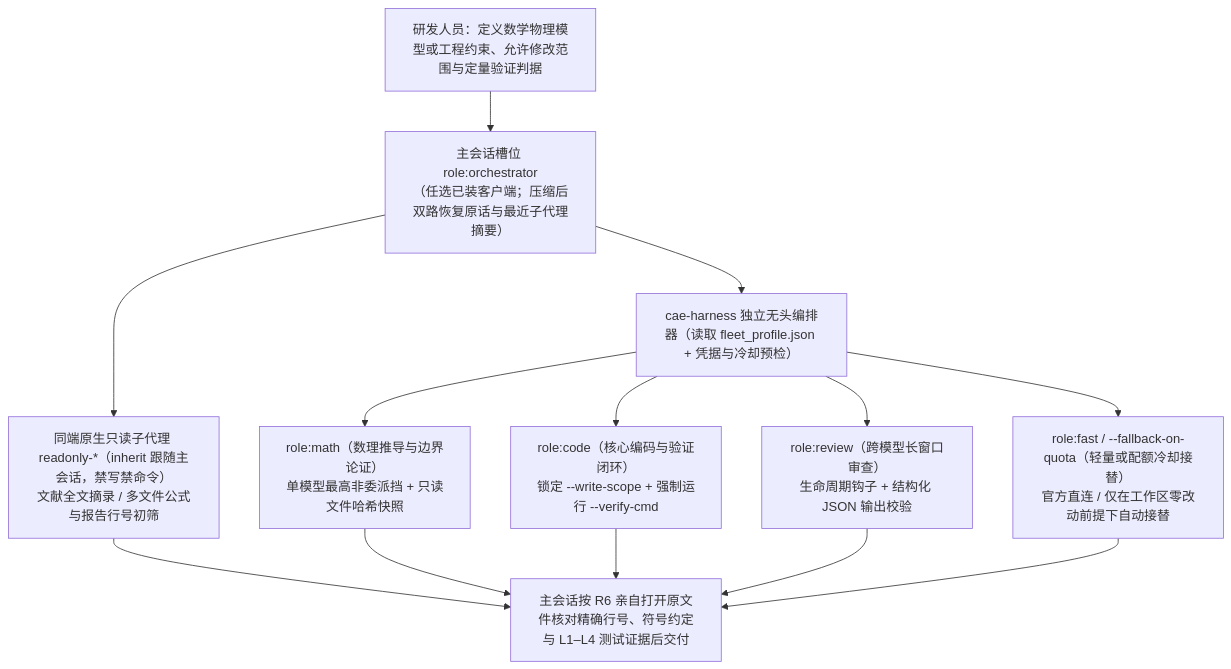
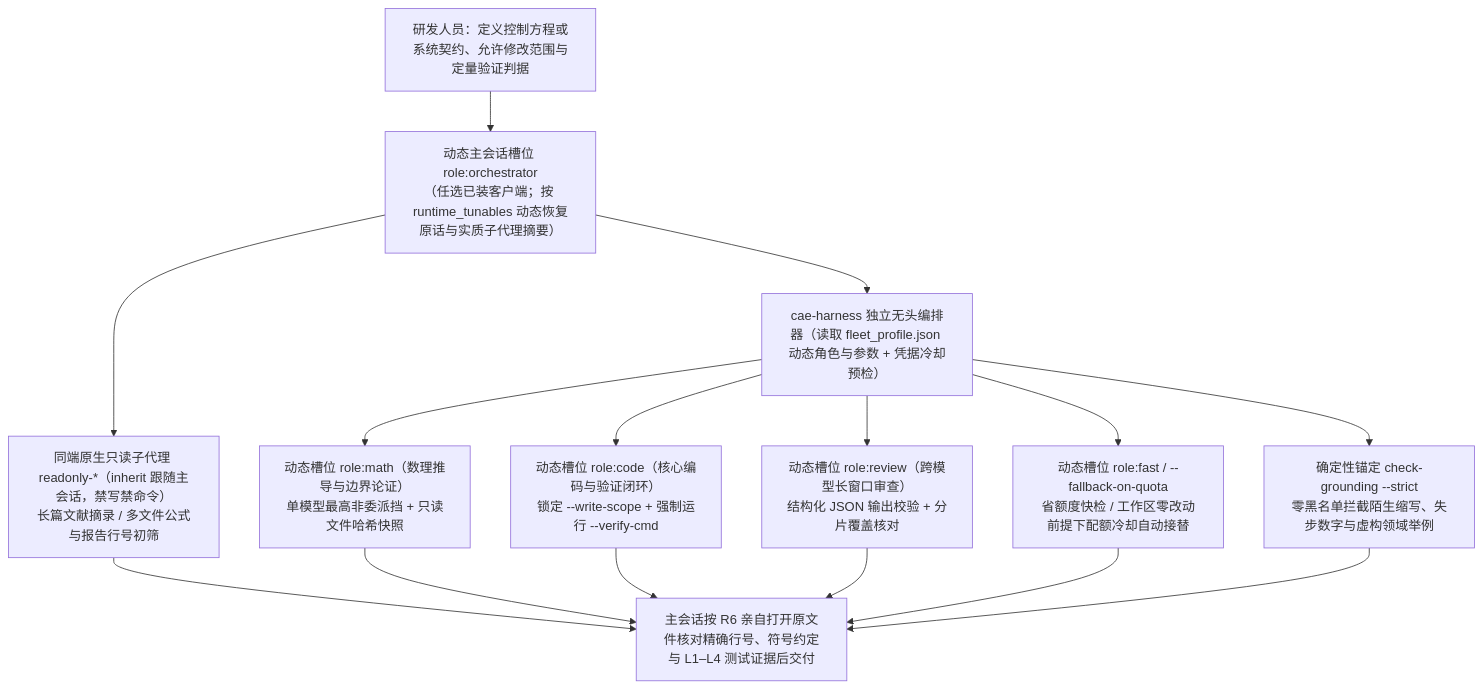
The diagram in README.md (Xinyu-Li-1997/Antigravity_Codex_ClaudeCode_DeepSeekHarness), drawn with Mermaid before and after one commit. The commit also changed other lines of this file and 24 other files, not shown here.

Commit message:
feat(v1.13.0): 动态收口五角色与 runtime_tunables、新增零黑名单事实锚定与双工作区隔离及 CSC 资助致谢

````diff
--- a/README.md
+++ b/README.md
@@ -103,15 +108,17 @@
 ```mermaid
 flowchart TB
-    U["研发人员：定义数学物理模型或工程约束、允许修改范围与定量验证判据"] --> O["主会话槽位 role:orchestrator<br/>（任选已装客户端；压缩后双路恢复原话与最近子代理摘要）"]
-    O --> N["同端原生只读子代理 readonly-*（inherit 跟随主会话，禁写禁命令）<br/>文献全文摘录 / 多文件公式与报告行号初筛"]
-    O --> H["cae-harness 独立无头编排器（读取 fleet_profile.json + 凭据与冷却预检）"]
-    H --> M1["role:math（数理推导与边界论证）<br/>单模型最高非委派挡 + 只读文件哈希快照"]
-    H --> M2["role:code（核心编码与验证闭环）<br/>锁定 --write-scope + 强制运行 --verify-cmd"]
-    H --> M3["role:review（跨模型长窗口审查）<br/>生命周期钩子 + 结构化 JSON 输出校验"]
-    H --> M4["role:fast / --fallback-on-quota（轻量或配额冷却接替）<br/>官方直连 / 仅在工作区零改动前提下自动接替"]
+    U["研发人员：定义控制方程或系统契约、允许修改范围与定量验证判据"] --> O["动态主会话槽位 role:orchestrator<br/>（任选已装客户端；按 runtime_tunables 动态恢复原话与实质子代理摘要）"]
+    O --> N["同端原生只读子代理 readonly-*（inherit 跟随主会话，禁写禁命令）<br/>长篇文献摘录 / 多文件公式与报告行号初筛"]
+    O --> H["cae-harness 独立无头编排器（读取 fleet_profile.json 动态角色与参数 + 凭据冷却预检）"]
+    H --> M1["动态槽位 role:math（数理推导与边界论证）<br/>单模型最高非委派挡 + 只读文件哈希快照"]
+    H --> M2["动态槽位 role:code（核心编码与验证闭环）<br/>锁定 --write-scope + 强制运行 --verify-cmd"]
+    H --> M3["动态槽位 role:review（跨模型长窗口审查）<br/>结构化 JSON 输出校验 + 分片覆盖核对"]
+    H --> M4["动态槽位 role:fast / --fallback-on-quota<br/>省额度快检 / 工作区零改动前提下配额冷却自动接替"]
+    H --> G["确定性锚定 check-grounding --strict<br/>零黑名单拦截陌生缩写、失步数字与虚构领域举例"]
     N --> V["主会话按 R6 亲自打开原文件核对精确行号、符号约定与 L1–L4 测试证据后交付"]
     M1 --> V
     M2 --> V
     M3 --> V
     M4 --> V
+    G --> V
 ```
````
